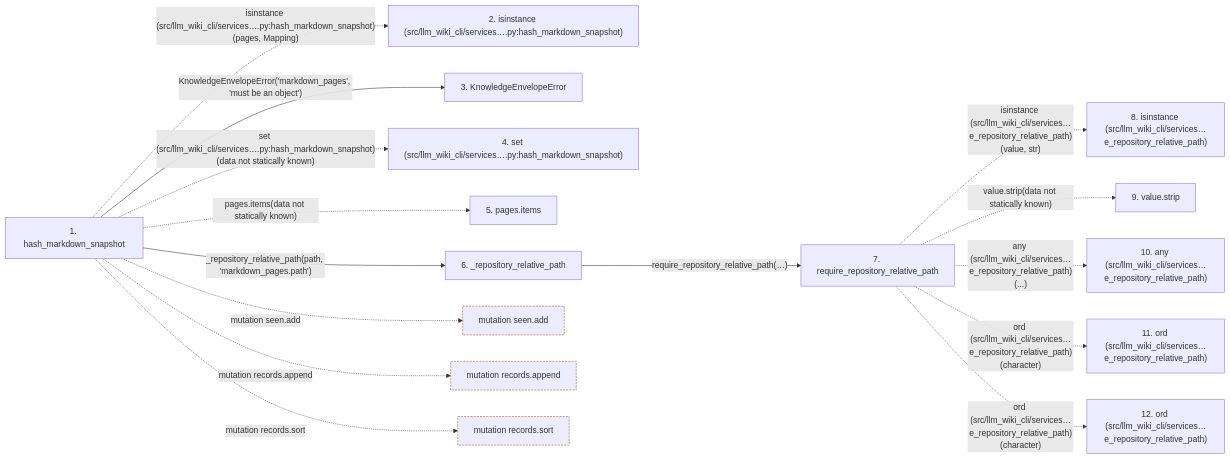
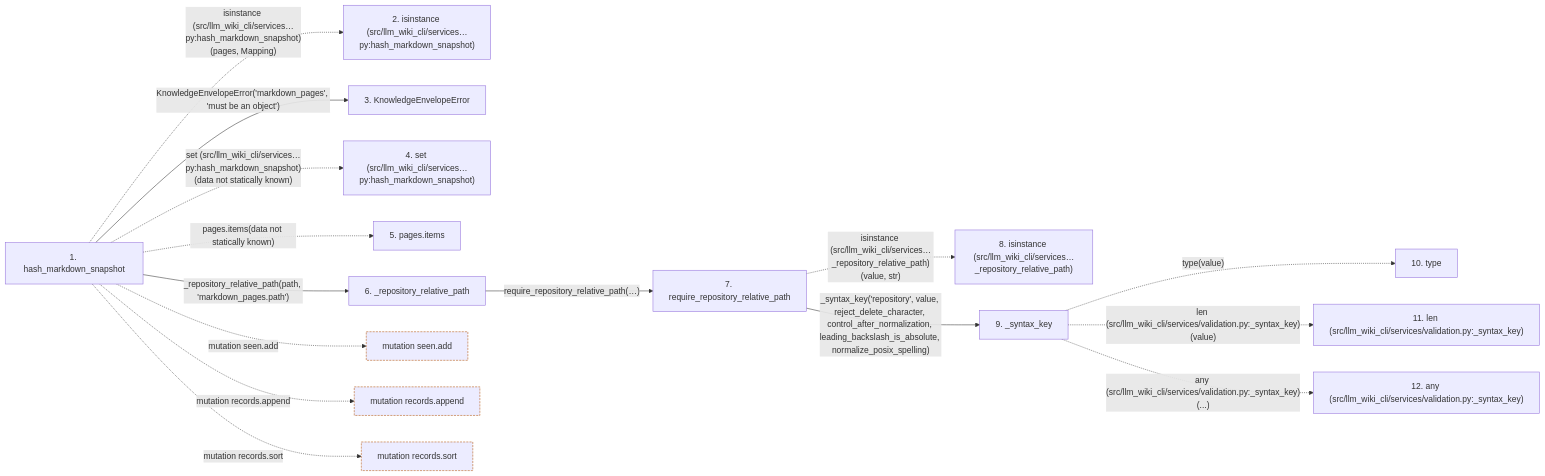
One commit to Denissvgn/python-wiki-llm changed the second of 2 diagrams in docs/llm_wiki/flows/api-hash_markdown_snapshot.md. Above: the diagram before and after it, drawn with Mermaid. The commit also changed other lines of this file and 865 other files, not shown here.

````diff
--- a/docs/llm_wiki/flows/api-hash_markdown_snapshot.md
+++ b/docs/llm_wiki/flows/api-hash_markdown_snapshot.md
@@ -73,40 +74,41 @@
 ```mermaid
 flowchart LR
     s1["1. hash_markdown_snapshot"]
-    s2["2. isinstance (src/llm_wiki_cli/services….py:hash_markdown_snapshot)"]
+    s2["2. isinstance (src/llm_wiki_cli/services…py:hash_markdown_snapshot)"]
     s3["3. KnowledgeEnvelopeError"]
-    s4["4. set (src/llm_wiki_cli/services….py:hash_markdown_snapshot)"]
+    s4["4. set (src/llm_wiki_cli/services…py:hash_markdown_snapshot)"]
     s5["5. pages.items"]
     s6["6. _repository_relative_path"]
     s7["7. require_repository_relative_path"]
-    s8["8. isinstance (src/llm_wiki_cli/services…e_repository_relative_path)"]
-    s9["9. value.strip"]
-    s10["10. any (src/llm_wiki_cli/services…e_repository_relative_path)"]
-    s11["11. ord (src/llm_wiki_cli/services…e_repository_relative_path)"]
-    s12["12. ord (src/llm_wiki_cli/services…e_repository_relative_path)"]
-    s1 -. "isinstance (src/llm_wiki_cli/services….py:hash_markdown_snapshot)(pages, Mapping)" .-> s2
+    s8["8. isinstance (src/llm_wiki_cli/services…_repository_relative_path)"]
+    s9["9. _syntax_key"]
+    s10["10. type"]
+    s11["11. len (src/llm_wiki_cli/services/validation.py:_syntax_key)"]
+    s12["12. any (src/llm_wiki_cli/services/validation.py:_syntax_key)"]
+    s1 -. "isinstance (src/llm_wiki_cli/services…py:hash_markdown_snapshot)(pages, Mapping)" .-> s2
     s1 -->|"KnowledgeEnvelopeError('markdown_pages', 'must be an object')"| s3
-    s1 -. "set (src/llm_wiki_cli/services….py:hash_markdown_snapshot)(data not statically known)" .-> s4
+    s1 -. "set (src/llm_wiki_cli/services…py:hash_markdown_snapshot)(data not statically known)" .-> s4
     s1 -. "pages.items(data not statically known)" .-> s5
     s1 -->|"_repository_relative_path(path, 'markdown_pages.path')"| s6
     s6 -->|"require_repository_relative_path(…)"| s7
-    s7 -. "isinstance (src/llm_wiki_cli/services…e_repository_relative_path)(value, str)" .-> s8
-    s7 -. "value.strip(data not statically known)" .-> s9
-    s7 -. "any (src/llm_wiki_cli/services…e_repository_relative_path)(...)" .-> s10
-    s7 -. "ord (src/llm_wiki_cli/services…e_repository_relative_path)(character)" .-> s11
-    s7 -. "ord (src/llm_wiki_cli/services…e_repository_relative_path)(character)" .-> s12
+    s7 -. "isinstance (src/llm_wiki_cli/services…_repository_relative_path)(value, str)" .-> s8
+    s7 -->|"_syntax_key('repository', value, reject_delete_character, control_after_normalization, leading_backslash_is_absolute, normalize_posix_spelling)"| s9
+    s9 -. "type(value)" .-> s10
+    s9 -. "len (src/llm_wiki_cli/services/validation.py:_syntax_key)(value)" .-> s11
+    s9 -. "any (src/llm_wiki_cli/services/validation.py:_syntax_key)(...)" .-> s12
     b0["mutation seen.add"]
     s1 -. "mutation seen.add" .-> b0
     b1["mutation records.append"]
     s1 -. "mutation records.append" .-> b1
     b2["mutation records.sort"]
     s1 -. "mutation records.sort" .-> b2
     click s1 "../modules/knowledge_envelope.md"
     click s3 "../modules/knowledge_envelope.md"
     click s6 "../modules/knowledge_envelope.md"
     click s7 "../modules/validation.md"
+    click s9 "../modules/validation.md"
     classDef boundary stroke:#b45309,stroke-dasharray: 4 2
     class b0 boundary
     class b1 boundary
     class b2 boundary
 ```
````
